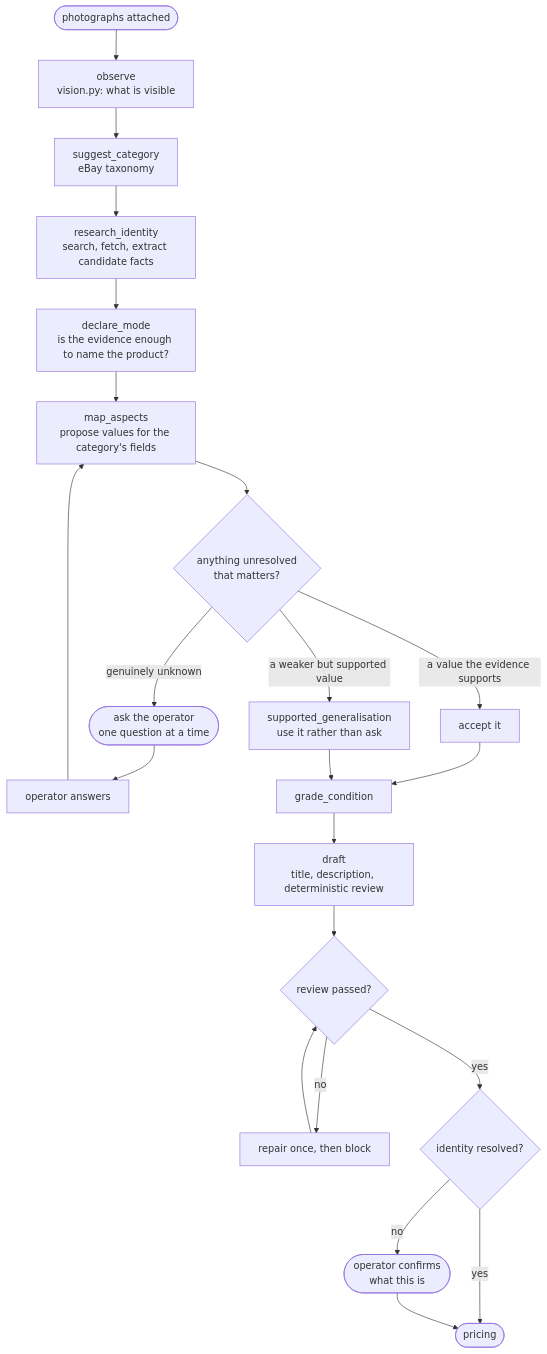
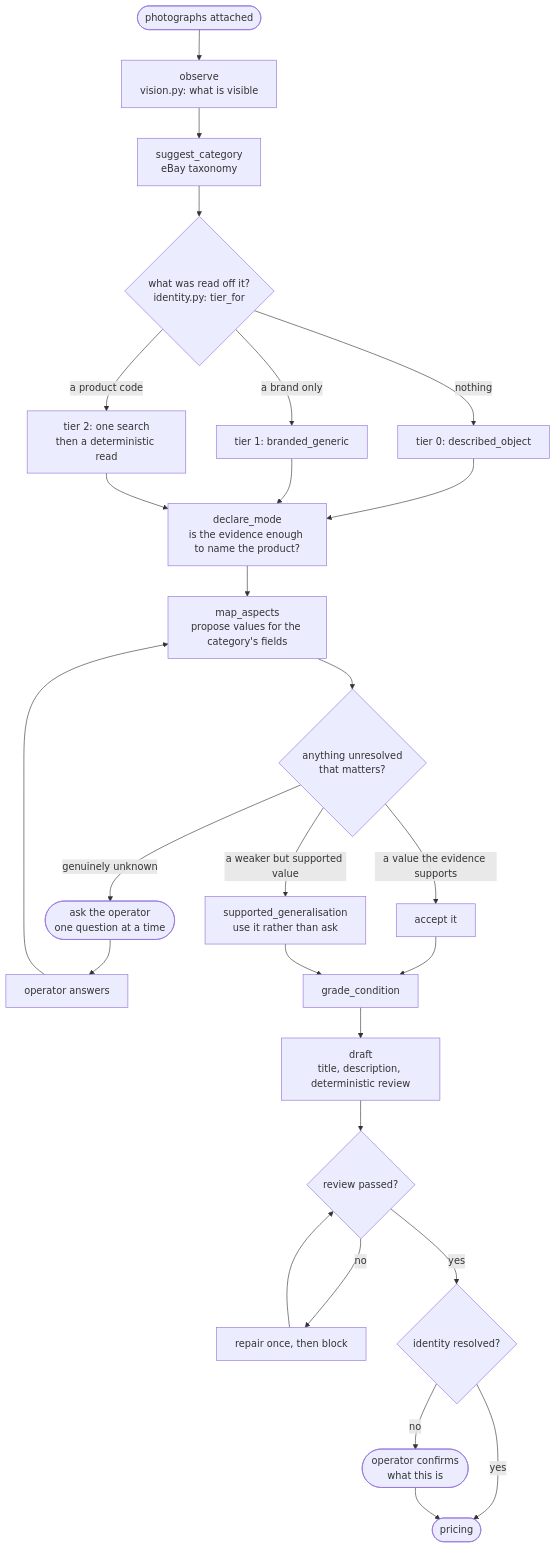
One commit to goatchan28/resell-agent changed the first of 3 diagrams in docs/RESEARCH.md. Above: the diagram before and after it, drawn with Mermaid. The commit also changed other lines of this file and 41 other files, not shown here.

Commit message:
deterministic identity, UI derivatives, fewer unnecessary questions

````diff
--- a/docs/RESEARCH.md
+++ b/docs/RESEARCH.md
@@ -39,27 +39,32 @@
 ```mermaid
 flowchart TD
     Photos(["photographs attached"]) --> Observe["observe<br/>vision.py: what is visible"]
     Observe --> Category["suggest_category<br/>eBay taxonomy"]
-    Category --> Research["research_identity<br/>search, fetch, extract candidate facts"]
-    Research --> Mode["declare_mode<br/>is the evidence enough to name the product?"]
+    Category --> Tier{"what was read off it?<br/>identity.py: tier_for"}
+    Tier -->|"nothing"| T0["tier 0: described_object"]
+    Tier -->|"a brand only"| T1["tier 1: branded_generic"]
+    Tier -->|"a product code"| T2["tier 2: one search<br/>then a deterministic read"]
+    T0 --> Mode["declare_mode<br/>is the evidence enough to name the product?"]
+    T1 --> Mode
+    T2 --> Mode
     Mode --> Aspects["map_aspects<br/>propose values for the category's fields"]
 
     Aspects --> Gaps{"anything unresolved<br/>that matters?"}
     Gaps -->|"a value the evidence supports"| Accept["accept it"]
     Gaps -->|"a weaker but supported value"| Generalise["supported_generalisation<br/>use it rather than ask"]
     Gaps -->|"genuinely unknown"| AskOp(["ask the operator<br/>one question at a time"])
 
     AskOp --> Answer["operator answers"]
     Answer --> Aspects
 
     Accept --> Condition["grade_condition"]
     Generalise --> Condition
     Condition --> Draft["draft<br/>title, description, deterministic review"]
     Draft --> Review{"review passed?"}
     Review -->|no| Repair["repair once, then block"]
     Review -->|yes| Confirm{"identity resolved?"}
     Repair --> Review
     Confirm -->|no| ConfirmOp(["operator confirms<br/>what this is"])
     Confirm -->|yes| Pricing(["pricing"])
     ConfirmOp --> Pricing
 ```
````
